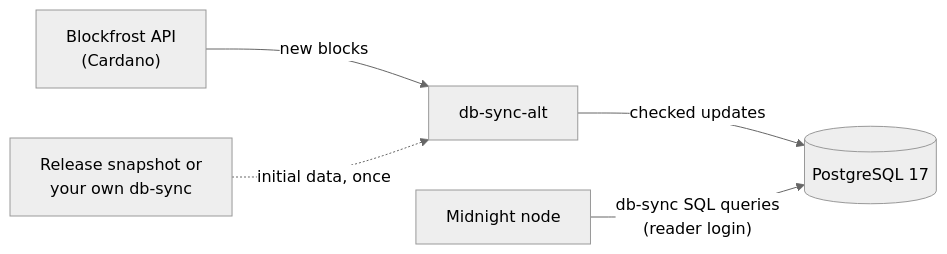
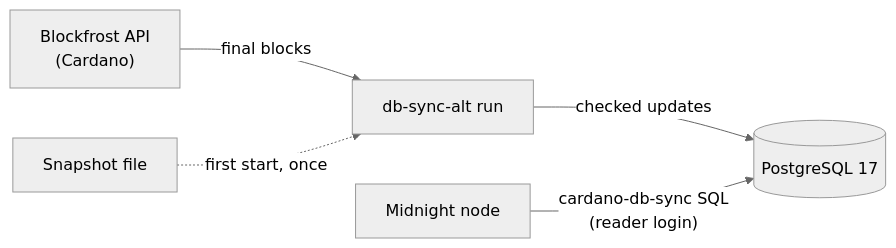
The diagram in README.md (midnight-experiments/db-sync-alt), drawn with Mermaid (neutral theme) before and after one commit. The commit also changed other lines of this file and 29 other files, not shown here.

````diff
--- a/README.md
+++ b/README.md
@@ -25,7 +21,7 @@
 ```mermaid
 flowchart LR
-    blockfrost["Blockfrost API<br/>(Cardano)"] -- new blocks --> follower
-    initial["Release snapshot or<br/>your own db-sync"] -. initial data, once .-> follower
-    follower["db-sync-alt"] -- checked updates --> postgres[("PostgreSQL 17")]
-    node["Midnight node"] -- "db-sync SQL queries<br/>(reader login)" --> postgres
+    blockfrost["Blockfrost API<br/>(Cardano)"] -- final blocks --> service
+    file["Snapshot file"] -. first start, once .-> service
+    service["db-sync-alt run"] -- checked updates --> postgres[("PostgreSQL 17")]
+    node["Midnight node"] -- "cardano-db-sync SQL<br/>(reader login)" --> postgres
 ```
````
